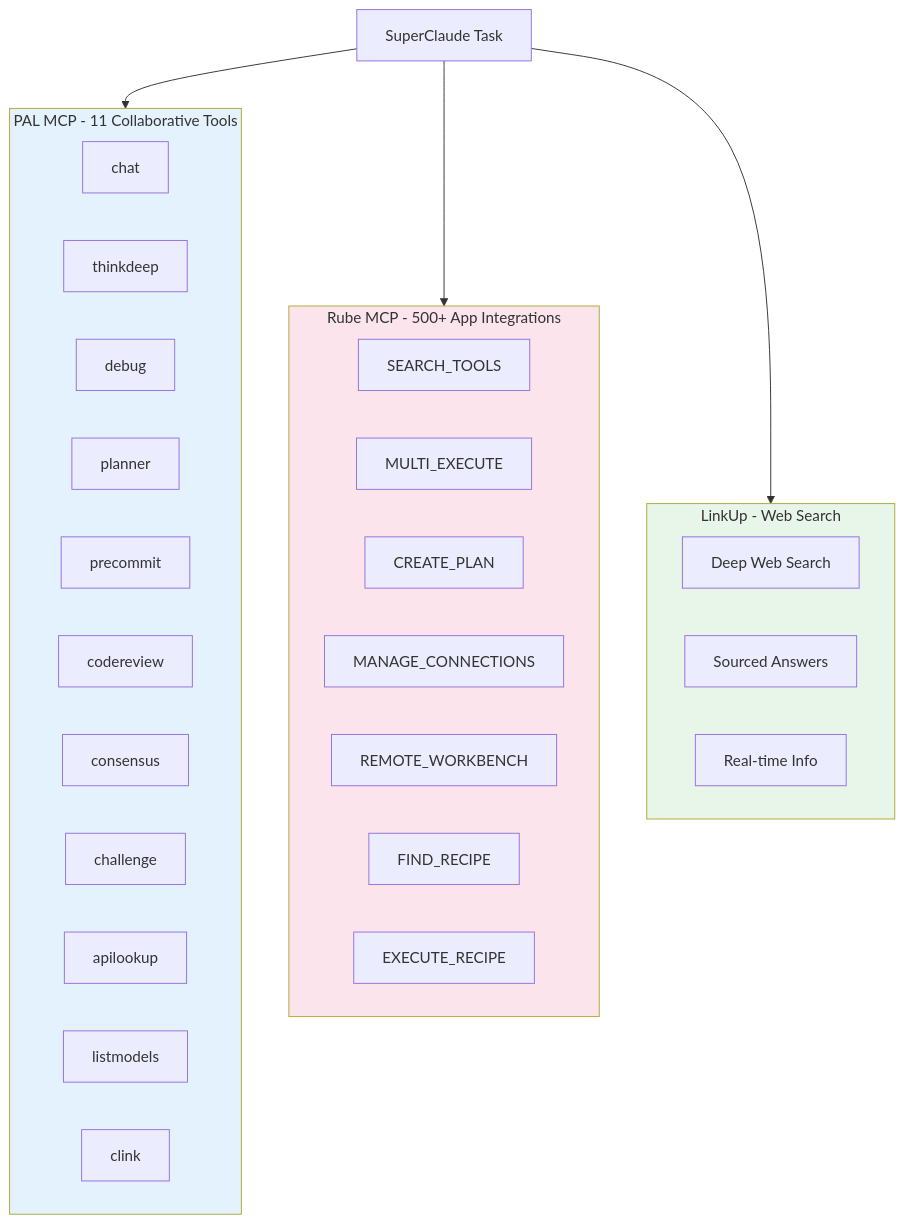
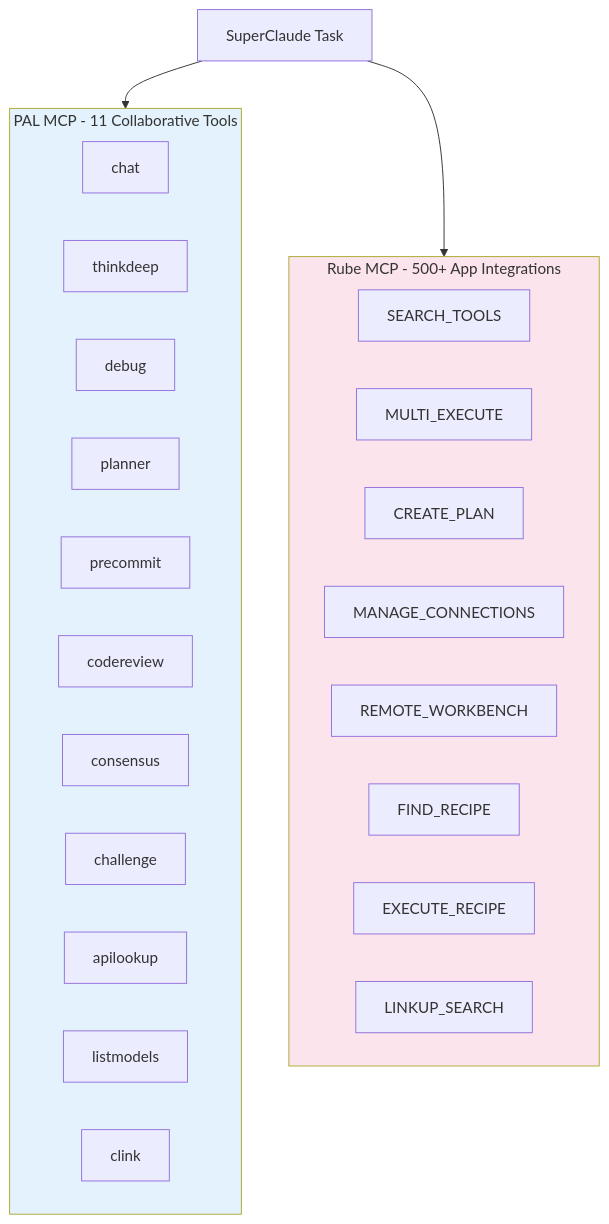
The sixth of 9 diagrams in README.md (Tony363/SuperClaude), drawn with Mermaid before and after one commit. The commit also changed other lines of this file and 14 other files, not shown here.

````diff
--- a/README.md
+++ b/README.md
@@ -646,33 +877,26 @@
 ```mermaid
 flowchart TB
     subgraph PAL["PAL MCP - 11 Collaborative Tools"]
         P1["chat"] & P2["thinkdeep"] & P3["debug"]
         P4["planner"] & P5["precommit"]
         P6["codereview"] & P7["consensus"] & P8["challenge"]
         P9["apilookup"] & P10["listmodels"] & P11["clink"]
     end
 
     subgraph Rube["Rube MCP - 500+ App Integrations"]
         R1["SEARCH_TOOLS"]
         R2["MULTI_EXECUTE"]
         R3["CREATE_PLAN"]
         R4["MANAGE_CONNECTIONS"]
         R5["REMOTE_WORKBENCH"]
         R6["FIND_RECIPE"]
         R7["EXECUTE_RECIPE"]
-    end
-
-    subgraph LinkUp["LinkUp - Web Search"]
-        L1["Deep Web Search"]
-        L2["Sourced Answers"]
-        L3["Real-time Info"]
+        R8["LINKUP_SEARCH"]
     end
 
     TASK["SuperClaude Task"] --> PAL
     TASK --> Rube
-    TASK --> LinkUp
 
     style PAL fill:#e3f2fd
     style Rube fill:#fce4ec
-    style LinkUp fill:#e8f5e9
 ```
````
